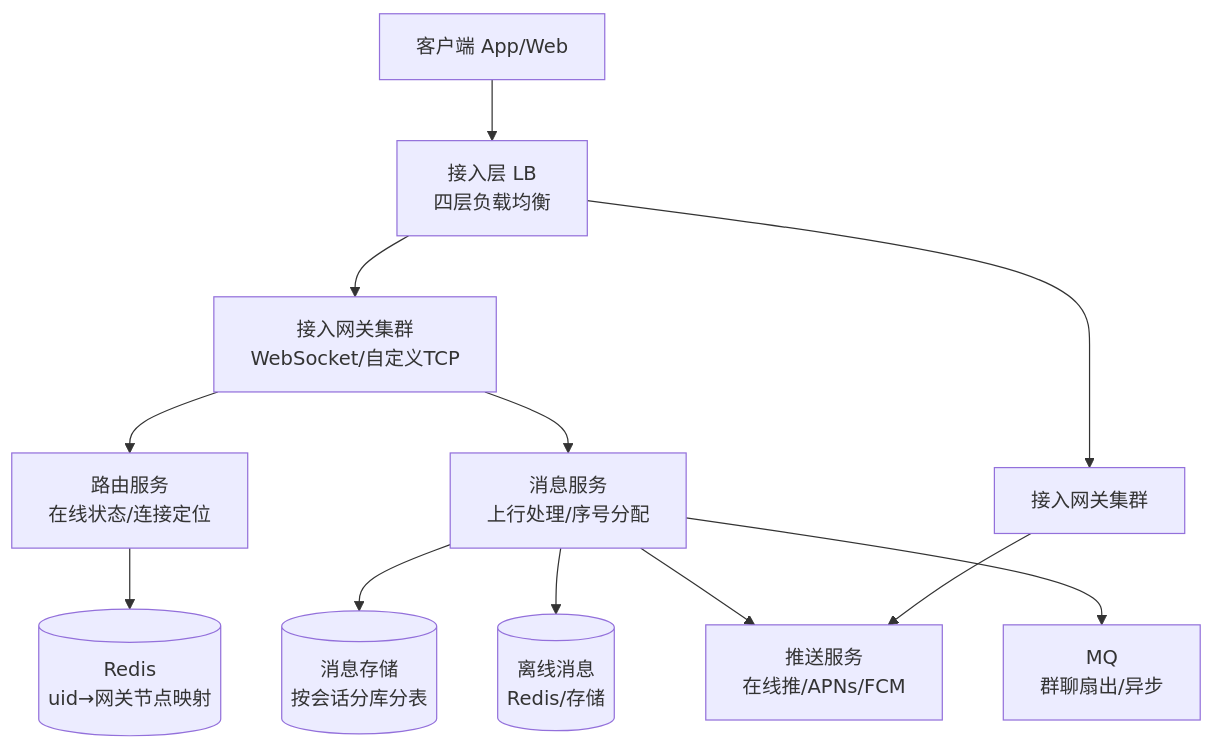
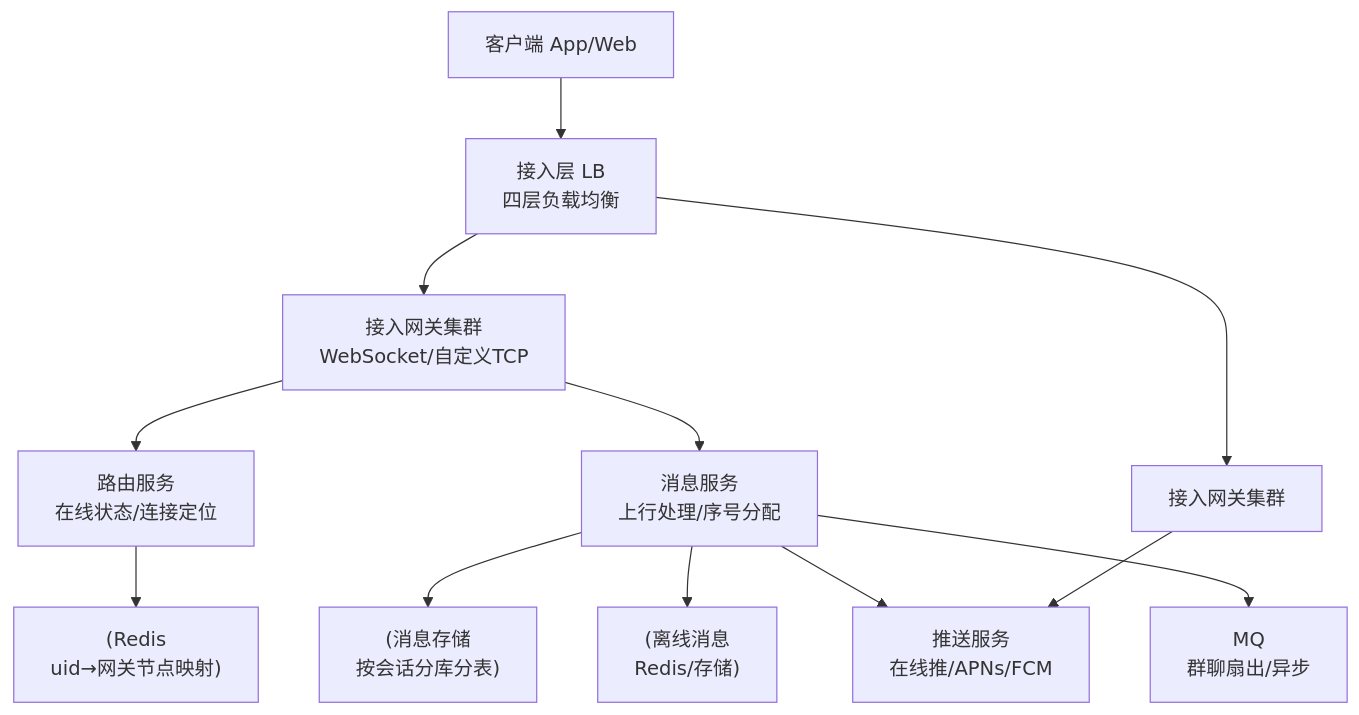
One commit to regding/java-interview-prep changed the sixth of 9 diagrams in 20-system-design-cases-2.md. Above: the diagram before and after it, drawn with Mermaid. The commit also changed other lines of this file and 20 other files, not shown here.

First line of the commit message:
fix: 全库 mermaid 中文节点标签统一加引号

````diff
--- a/20-system-design-cases-2.md
+++ b/20-system-design-cases-2.md
@@ -314,14 +314,14 @@
 ```mermaid
 flowchart TD
-    C1[客户端 App/Web] --> LB[接入层 LB<br/>四层负载均衡]
-    LB --> GW1[接入网关集群<br/>WebSocket/自定义TCP]
-    LB --> GW2[接入网关集群]
-    GW1 --> ROUTE[路由服务<br/>在线状态/连接定位]
-    ROUTE --> RD[(Redis<br/>uid→网关节点映射)]
-    GW1 --> MSG[消息服务<br/>上行处理/序号分配]
-    MSG --> ST[(消息存储<br/>按会话分库分表)]
-    MSG --> OFFLINE[(离线消息<br/>Redis/存储)]
-    MSG --> PUSH[推送服务<br/>在线推/APNs/FCM]
-    MSG --> MQ[MQ<br/>群聊扇出/异步]
+    C1["客户端 App/Web"] --> LB["接入层 LB<br/>四层负载均衡"]
+    LB --> GW1["接入网关集群<br/>WebSocket/自定义TCP"]
+    LB --> GW2["接入网关集群"]
+    GW1 --> ROUTE["路由服务<br/>在线状态/连接定位"]
+    ROUTE --> RD["(Redis<br/>uid→网关节点映射)"]
+    GW1 --> MSG["消息服务<br/>上行处理/序号分配"]
+    MSG --> ST["(消息存储<br/>按会话分库分表)"]
+    MSG --> OFFLINE["(离线消息<br/>Redis/存储)"]
+    MSG --> PUSH["推送服务<br/>在线推/APNs/FCM"]
+    MSG --> MQ["MQ<br/>群聊扇出/异步"]
     GW2 --> PUSH
 ```
````
